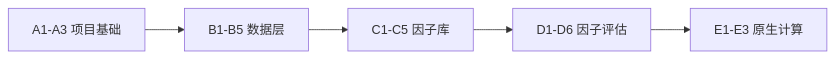
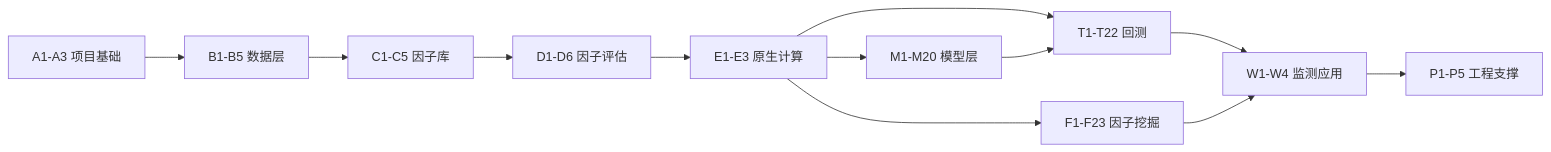
The diagram in docs/project-learning/README.md (rowerman/quant-all), drawn with Mermaid before and after one commit. The commit also changed other lines of this file and 8 other files, not shown here.

````diff
--- a/docs/project-learning/README.md
+++ b/docs/project-learning/README.md
@@ -7,7 +7,14 @@
 ```mermaid
 flowchart LR
   A[A1-A3 项目基础] --> B[B1-B5 数据层]
   B --> C[C1-C5 因子库]
   C --> D[D1-D6 因子评估]
   D --> E[E1-E3 原生计算]
+  E --> F[M1-M20 模型层]
+  E --> G[T1-T22 回测]
+  E --> H[F1-F23 因子挖掘]
+  F --> G
+  G --> I[W1-W4 监测应用]
+  H --> I
+  I --> J[P1-P5 工程支撑]
 ```
````
